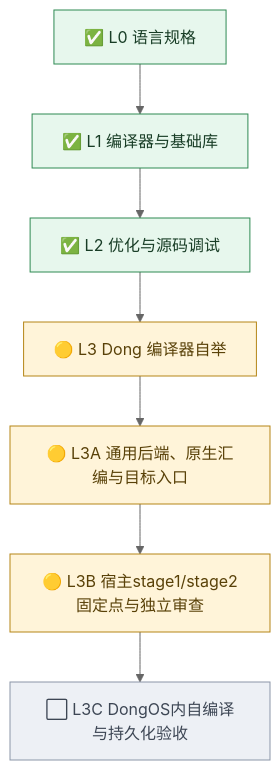
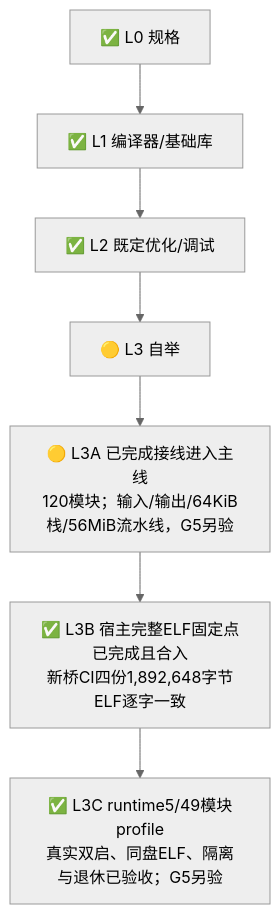
One commit to EDarcyWong/dongos changed the third of 3 diagrams in coordination/dongos_works/progress-map.md. Above: the diagram before and after it, drawn with Mermaid (neutral theme). The commit also changed other lines of this file and 23 other files, not shown here.

Commit message:
docs: record verified G6 acceptance and update overall roadmap

````diff
--- a/coordination/dongos_works/progress-map.md
+++ b/coordination/dongos_works/progress-map.md
@@ -225,22 +56,7 @@
 ```mermaid
 flowchart TD
-    L0["✅ L0 语言规格"]
-    L1["✅ L1 编译器与基础库"]
-    L0 --> L1
-    L2["✅ L2 优化与源码调试"]
-    L1 --> L2
-    L3["🟡 L3 Dong 编译器自举"]
-    L2 --> L3
-    L3A["🟡 L3A 通用后端、原生汇编与目标入口"]
-    L3 --> L3A
-    L3B["🟡 L3B 宿主stage1/stage2固定点与独立审查"]
-    L3A --> L3B
-    L3C["⬜ L3C DongOS内自编译与持久化验收"]
-    L3B --> L3C
-    classDef complete fill:#e7f7ed,stroke:#2f8a53,color:#183d26;
-    classDef partial fill:#fff4d9,stroke:#b58516,color:#594108;
-    classDef pending fill:#edf0f5,stroke:#8b96a8,color:#3d4654;
-    class L0,L1,L2 complete;
-    class L3,L3A,L3B partial;
-    class L3C pending;
+ L0["✅ L0 规格"] --> L1["✅ L1 编译器/基础库"] --> L2["✅ L2 既定优化/调试"] --> L3["🟡 L3 自举"]
+ L3 --> A["🟡 L3A 已完成接线进入主线<br/>120模块；输入/输出/64KiB栈/56MiB流水线，G5另验"]
+ A --> B["✅ L3B 宿主完整ELF固定点已完成且合入<br/>新桥CI四份1,892,648字节ELF逐字一致"]
+ B --> C["✅ L3C runtime5/49模块profile<br/>真实双启、同盘ELF、隔离与退休已验收；G5另验"]
 ```
````
